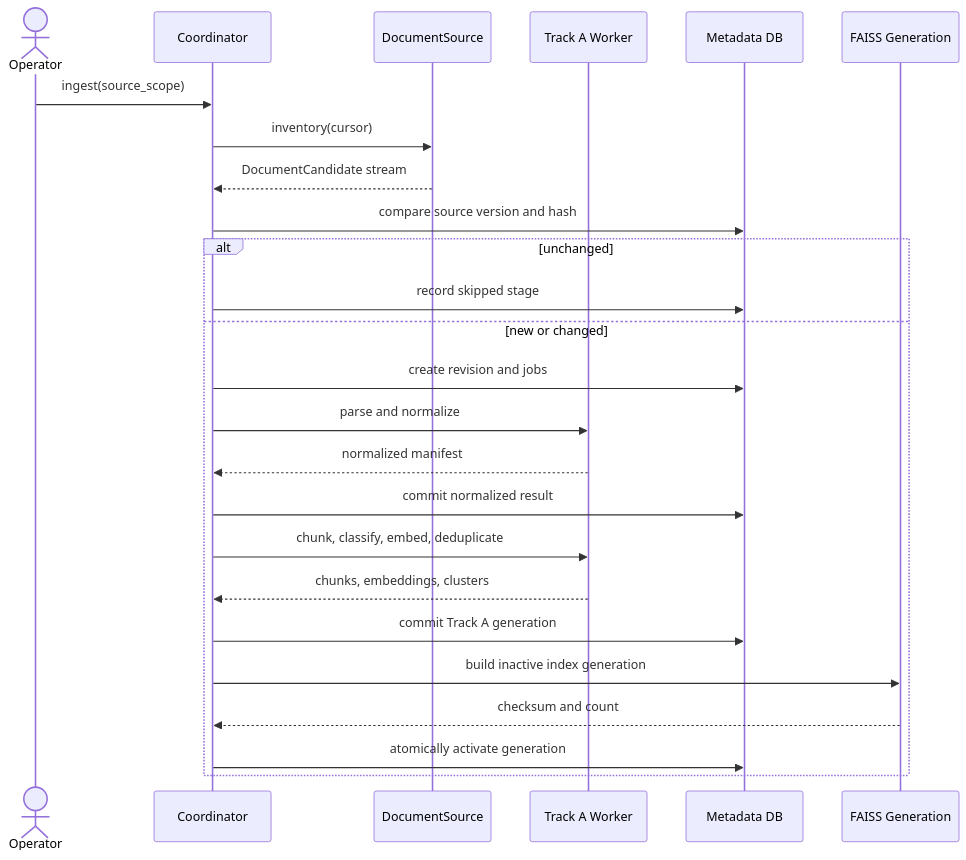
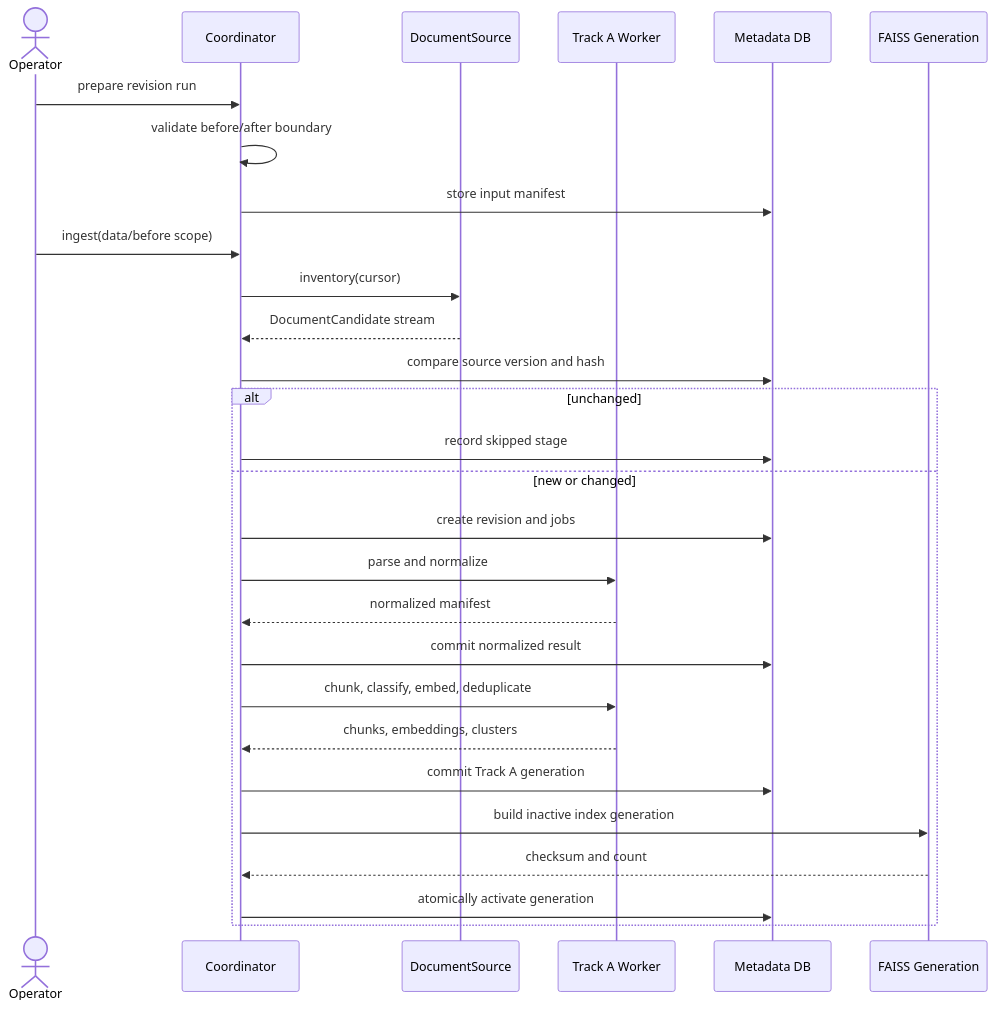
Before and after one commit to creatorjun/RAG: the fourth of 6 diagrams in docs/architecture.md, drawn with Mermaid. The commit also changed other lines of this file and 35 other files, not shown here.

````diff
--- a/docs/architecture.md
+++ b/docs/architecture.md
@@ -167,27 +175,30 @@
 ```mermaid
 sequenceDiagram
     actor O as Operator
     participant C as Coordinator
     participant S as DocumentSource
     participant A as Track A Worker
     participant M as Metadata DB
     participant V as FAISS Generation
-    O->>C: ingest(source_scope)
+    O->>C: prepare revision run
+    C->>C: validate before/after boundary
+    C->>M: store input manifest
+    O->>C: ingest(data/before scope)
     C->>S: inventory(cursor)
     S-->>C: DocumentCandidate stream
     C->>M: compare source version and hash
     alt unchanged
         C->>M: record skipped stage
     else new or changed
         C->>M: create revision and jobs
         C->>A: parse and normalize
         A-->>C: normalized manifest
         C->>M: commit normalized result
         C->>A: chunk, classify, embed, deduplicate
         A-->>C: chunks, embeddings, clusters
         C->>M: commit Track A generation
         C->>V: build inactive index generation
         V-->>C: checksum and count
         C->>M: atomically activate generation
     end
 ```
````
